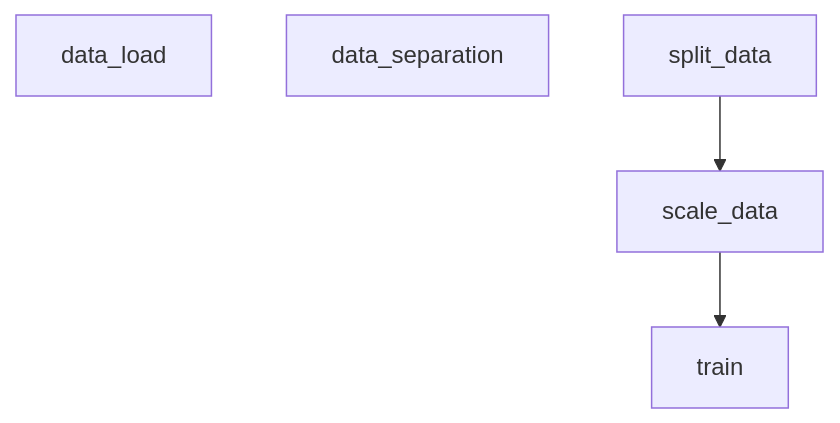
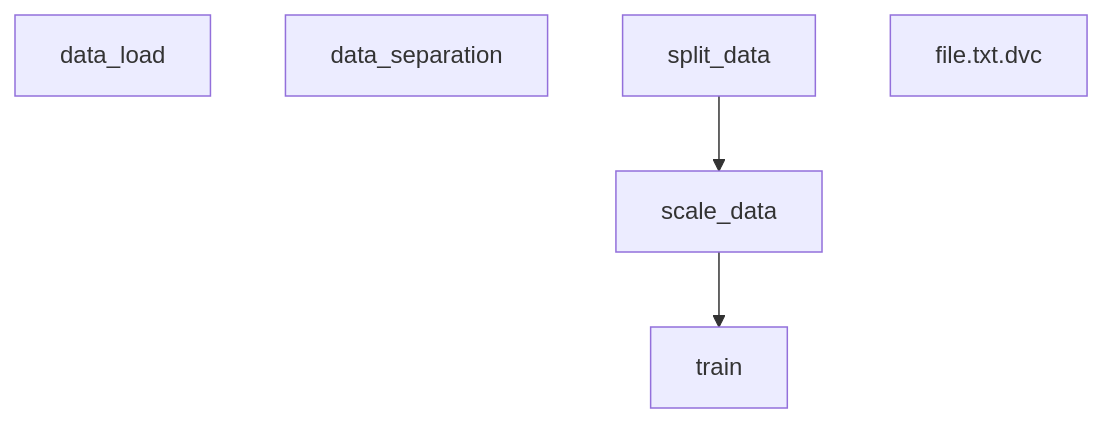
The diagram in Fase_3_DVC/TEAM_11_ML_OPS/.dvc/tmp/dag.md (Sa-ReyCha/TEAM_11_ML_OPS), drawn with Mermaid before and after one commit.

Commit message:
update repo for OOO

````diff
--- a/Fase_3_DVC/TEAM_11_ML_OPS/.dvc/tmp/dag.md
+++ b/Fase_3_DVC/TEAM_11_ML_OPS/.dvc/tmp/dag.md
@@ -1,10 +1,11 @@
 ```mermaid
 flowchart TD
 	node1["data_load"]
 	node2["data_separation"]
 	node3["scale_data"]
 	node4["split_data"]
 	node5["train"]
 	node3-->node5
 	node4-->node3
+	node6["file.txt.dvc"]
 ```
````
